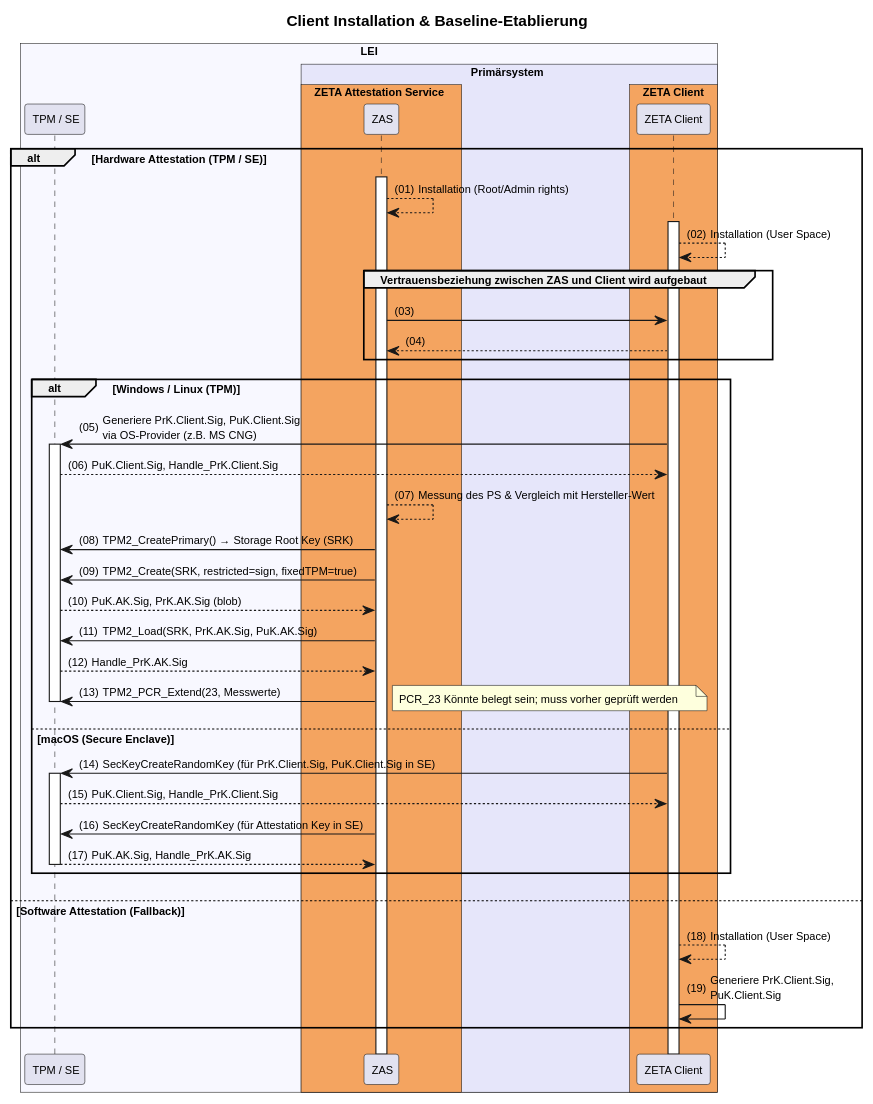
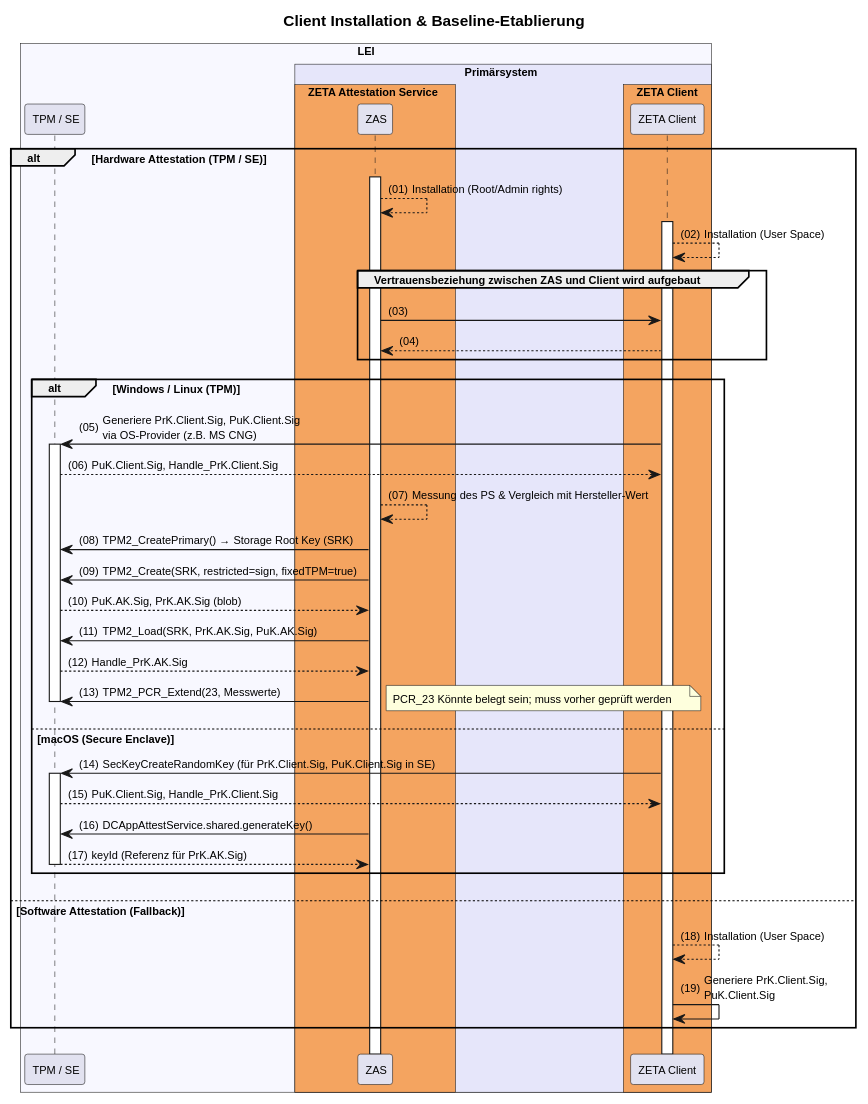
Before and after one commit to gematik/zeta: the diagram in src/plantuml/tmp/attestation-flows/client-installation.puml, drawn with PlantUML. The commit also changed 1 other file, not shown here.

Commit message:
docs: update client installation flow to Apple DCAppAttest and rename token exchange diagram with added certificate revocation check

```diff
--- a/src/plantuml/tmp/attestation-flows/client-installation.puml
+++ b/src/plantuml/tmp/attestation-flows/client-installation.puml
@@ -1,64 +1,64 @@
 @startuml "client-installation"
 autonumber "(00)"
 skinparam defaultFontSize 10
 skinparam defaultFontName Helvetica
 skinparam DefaultMonospacedFontName Courier
 skinparam lengthAdjust none
 skinparam sequenceReferenceBackgroundColor White
 skinparam SequenceReferenceFontSize 12
 skinparam sequenceMessageAlign left
 
 title Client Installation & Baseline-Etablierung
 
 !pragma teoz true
 
 box "LEI" #GhostWhite
   participant "TPM / SE" as TPM
   box "Primärsystem" #Lavender
     box "ZETA Attestation Service" #SandyBrown
       participant ZAS as "ZAS"
     end box
     box "ZETA Client" #SandyBrown
         participant Client as "ZETA Client"
     end box    
   end box
 end box
 
 alt Hardware Attestation (TPM / SE)
 
     ZAS++    
     ZAS --> ZAS: Installation (Root/Admin rights)
     Client++
     Client --> Client: Installation (User Space)
     group Vertrauensbeziehung zwischen ZAS und Client wird aufgebaut
         ZAS -> Client
         Client --> ZAS
     end
 
     alt Windows / Linux (TPM)
         Client -> TPM++: Generiere PrK.Client.Sig, PuK.Client.Sig\nvia OS-Provider (z.B. MS CNG)
         TPM --> Client: PuK.Client.Sig, Handle_PrK.Client.Sig
         ZAS --> ZAS: Messung des PS & Vergleich mit Hersteller-Wert
         ZAS -> TPM: TPM2_CreatePrimary() → Storage Root Key (SRK)
         ZAS -> TPM: TPM2_Create(SRK, restricted=sign, fixedTPM=true)
         TPM --> ZAS: PuK.AK.Sig, PrK.AK.Sig (blob)
         ZAS -> TPM: TPM2_Load(SRK, PrK.AK.Sig, PuK.AK.Sig)
         TPM --> ZAS: Handle_PrK.AK.Sig
         ZAS -> TPM: TPM2_PCR_Extend(23, Messwerte)
         note right: PCR_23 Könnte belegt sein; muss vorher geprüft werden 
         TPM--
     else macOS (Secure Enclave)
         Client -> TPM++: SecKeyCreateRandomKey (für PrK.Client.Sig, PuK.Client.Sig in SE)
         TPM --> Client: PuK.Client.Sig, Handle_PrK.Client.Sig
-        ZAS -> TPM: SecKeyCreateRandomKey (für Attestation Key in SE)
-        TPM --> ZAS--: PuK.AK.Sig, Handle_PrK.AK.Sig
+        ZAS -> TPM: DCAppAttestService.shared.generateKey()
+        TPM --> ZAS--: keyId (Referenz für PrK.AK.Sig)
     end
 
 else Software Attestation (Fallback)
     Client --> Client: Installation (User Space)
     Client -> Client: Generiere PrK.Client.Sig,\nPuK.Client.Sig
     ' Client --> Client: Lokale Messung des PS (Dateihashes ermitteln)
     ' Client -> Client: Speichere Baseline-Hash lokal & sicher ab
 end
 
 @enduml
```
